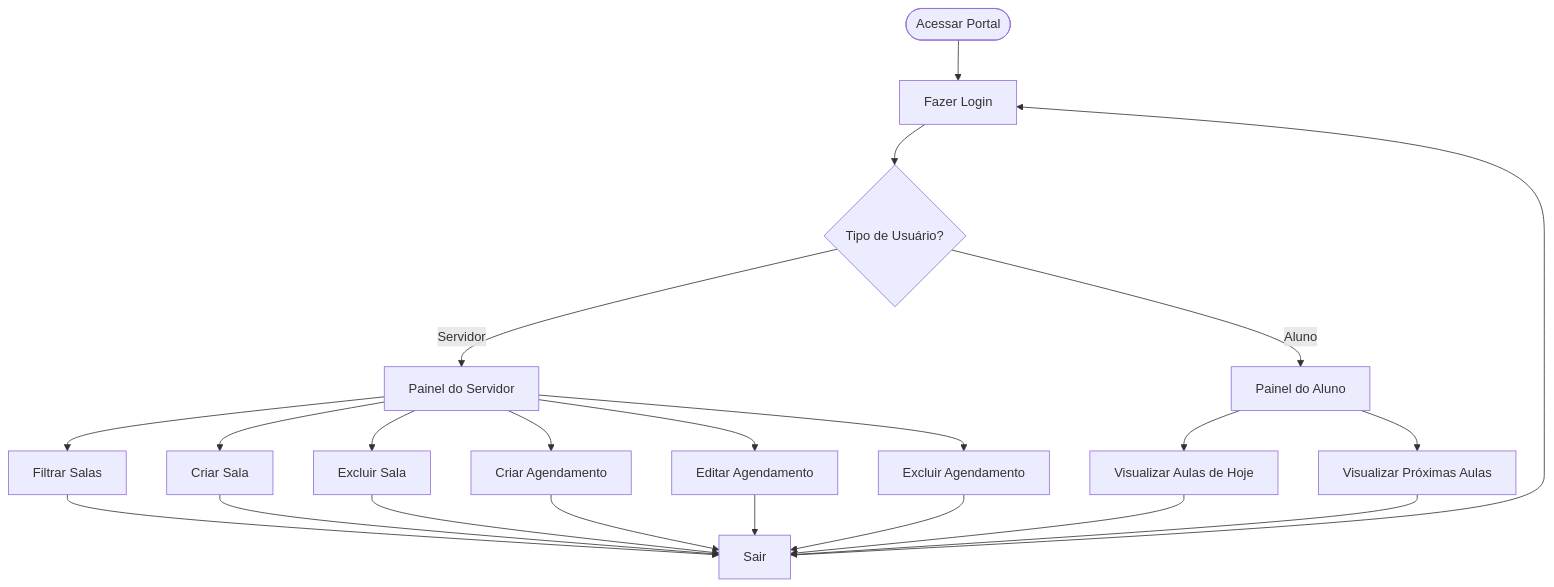
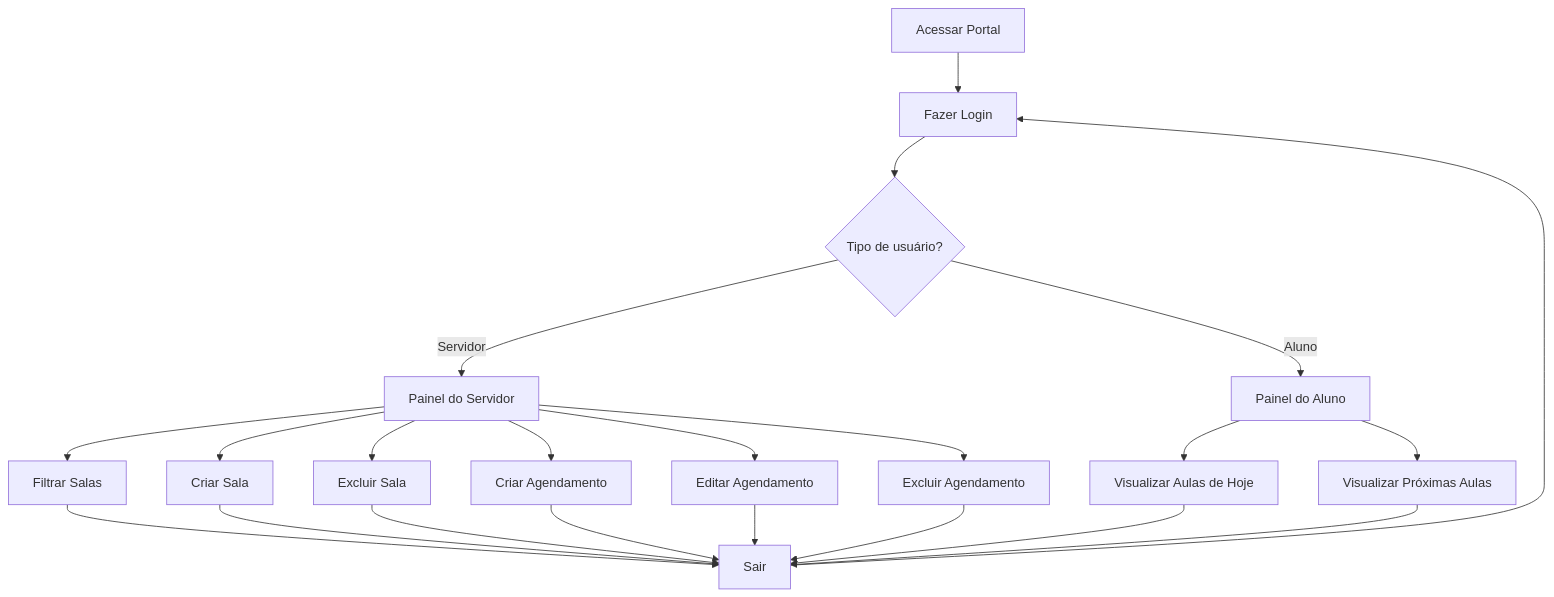
One commit to ericdalaporta/portal-de-agendamento changed the diagram in docs/index.md. Above: the diagram before and after it, drawn with Mermaid. The commit also changed other lines of this file, not shown here.

Commit message:
Update documentation for Portal de Agendamento

````diff
--- a/docs/index.md
+++ b/docs/index.md
@@ -55,30 +56,29 @@
 ```mermaid
 flowchart TD
-    Start([Acessar Portal]) --> Login[Fazer Login]
-    Login --> Decision{Tipo de Usuário?}
-    
+    Start[Acessar Portal] --> Login[Fazer Login]
+    Login --> Decision{Tipo de usuário?}
+
     Decision -->|Servidor| PainelServidor[Painel do Servidor]
     Decision -->|Aluno| PainelAluno[Painel do Aluno]
-    
+
     PainelServidor --> FiltrarSalas[Filtrar Salas]
     PainelServidor --> CriarSala[Criar Sala]
     PainelServidor --> ExcluirSala[Excluir Sala]
     PainelServidor --> CriarAgendamento[Criar Agendamento]
     PainelServidor --> EditarAgendamento[Editar Agendamento]
     PainelServidor --> ExcluirAgendamento[Excluir Agendamento]
-    
+
     PainelAluno --> AulasHoje[Visualizar Aulas de Hoje]
     PainelAluno --> ProximasAulas[Visualizar Próximas Aulas]
-    
+
     FiltrarSalas --> Logout[Sair]
     CriarSala --> Logout
     ExcluirSala --> Logout
     CriarAgendamento --> Logout
     EditarAgendamento --> Logout
     ExcluirAgendamento --> Logout
     AulasHoje --> Logout
     ProximasAulas --> Logout
-    
+
     Logout --> Login
-    
 ```
````
